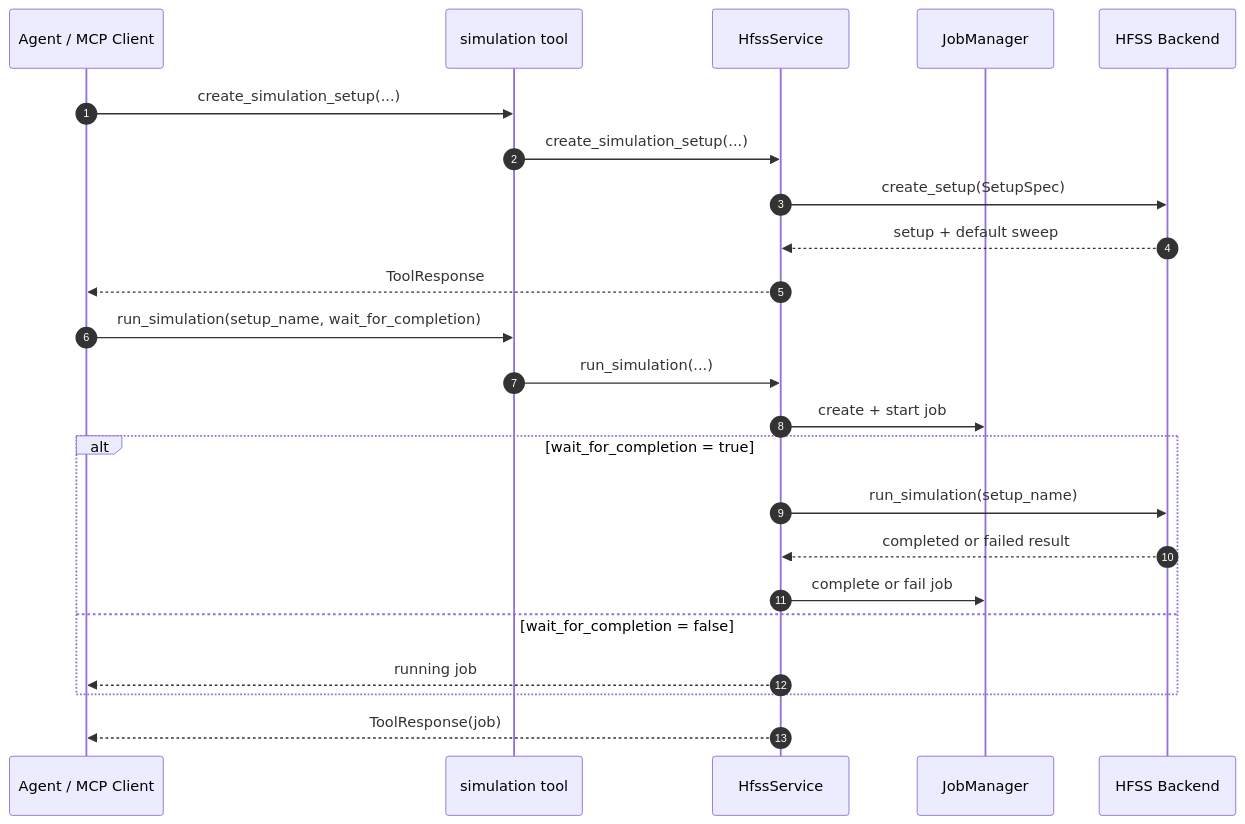
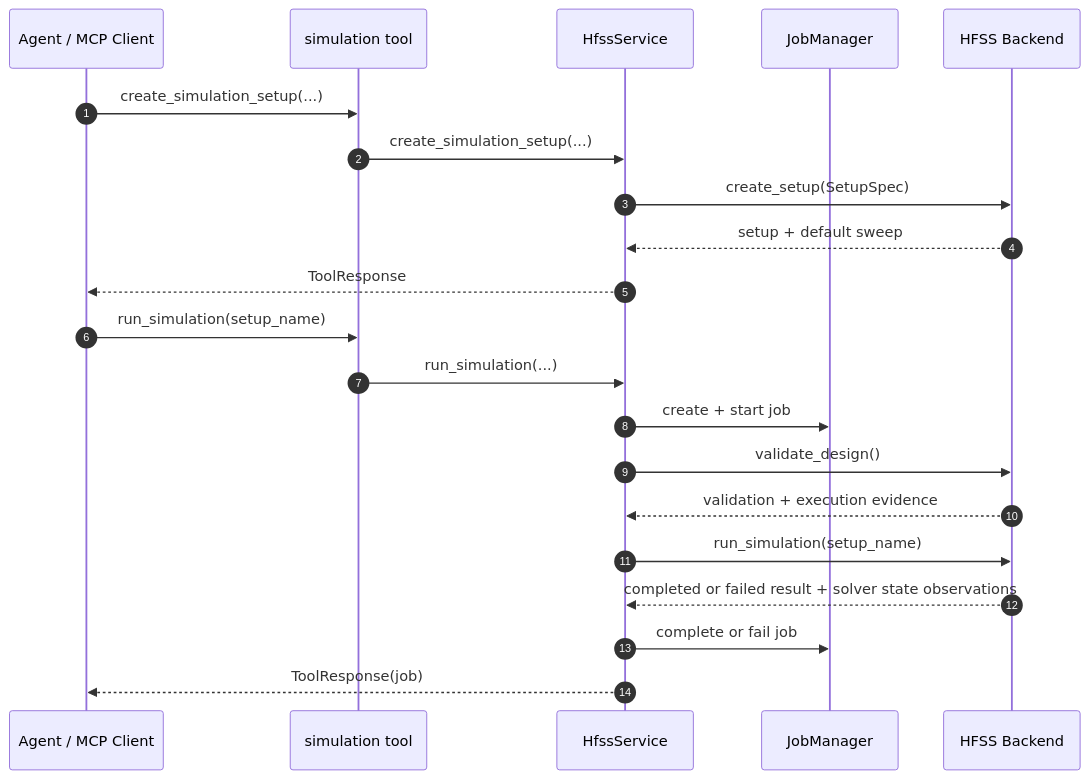
Before and after one commit to CodeQwQ/supperHFSSMCP: the second of 2 diagrams in docs/simulation.md, drawn with Mermaid. The commit also changed other lines of this file and 14 other files, not shown here.

````diff
--- a/docs/simulation.md
+++ b/docs/simulation.md
@@ -118,27 +123,25 @@
 ```mermaid
 sequenceDiagram
     autonumber
     participant Agent as Agent / MCP Client
     participant Tool as simulation tool
     participant Service as HfssService
     participant Jobs as JobManager
     participant Backend as HFSS Backend
 
     Agent->>Tool: create_simulation_setup(...)
     Tool->>Service: create_simulation_setup(...)
     Service->>Backend: create_setup(SetupSpec)
     Backend-->>Service: setup + default sweep
     Service-->>Agent: ToolResponse
 
-    Agent->>Tool: run_simulation(setup_name, wait_for_completion)
+    Agent->>Tool: run_simulation(setup_name)
     Tool->>Service: run_simulation(...)
     Service->>Jobs: create + start job
-    alt wait_for_completion = true
-        Service->>Backend: run_simulation(setup_name)
-        Backend-->>Service: completed or failed result
-        Service->>Jobs: complete or fail job
-    else wait_for_completion = false
-        Service-->>Agent: running job
-    end
+    Service->>Backend: validate_design()
+    Backend-->>Service: validation + execution evidence
+    Service->>Backend: run_simulation(setup_name)
+    Backend-->>Service: completed or failed result + solver state observations
+    Service->>Jobs: complete or fail job
     Service-->>Agent: ToolResponse(job)
 ```
````
